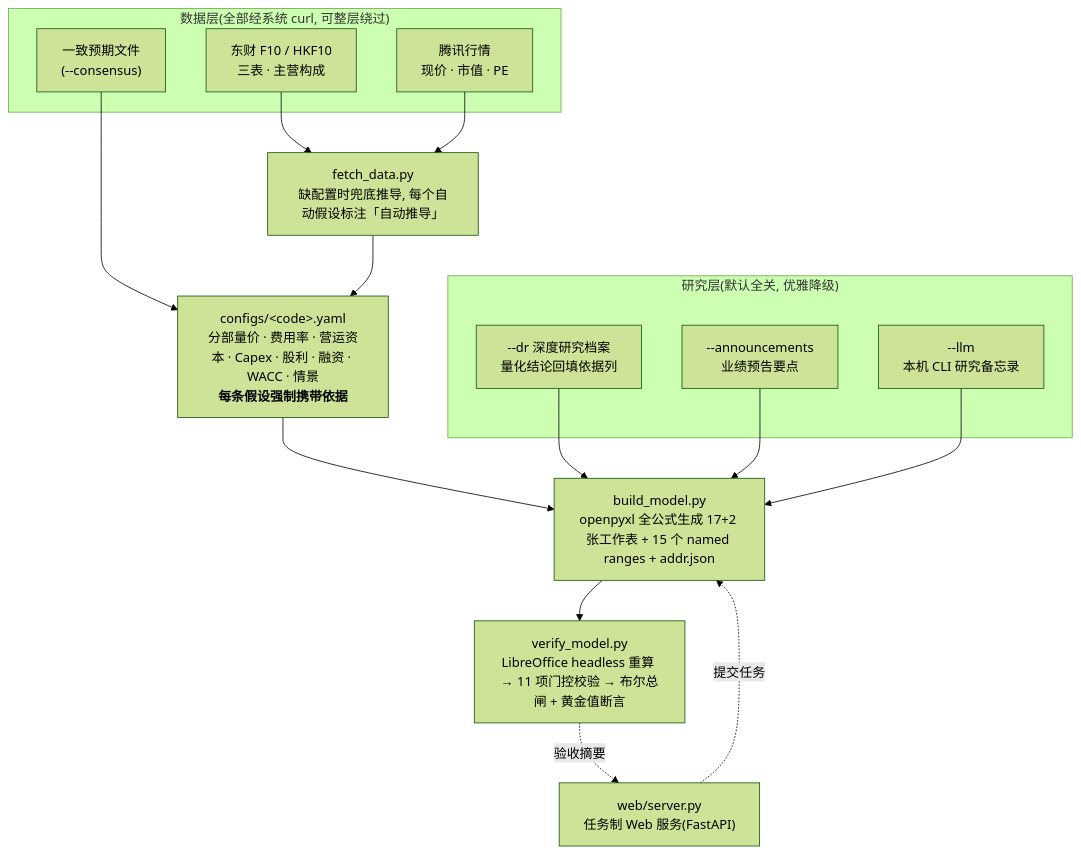
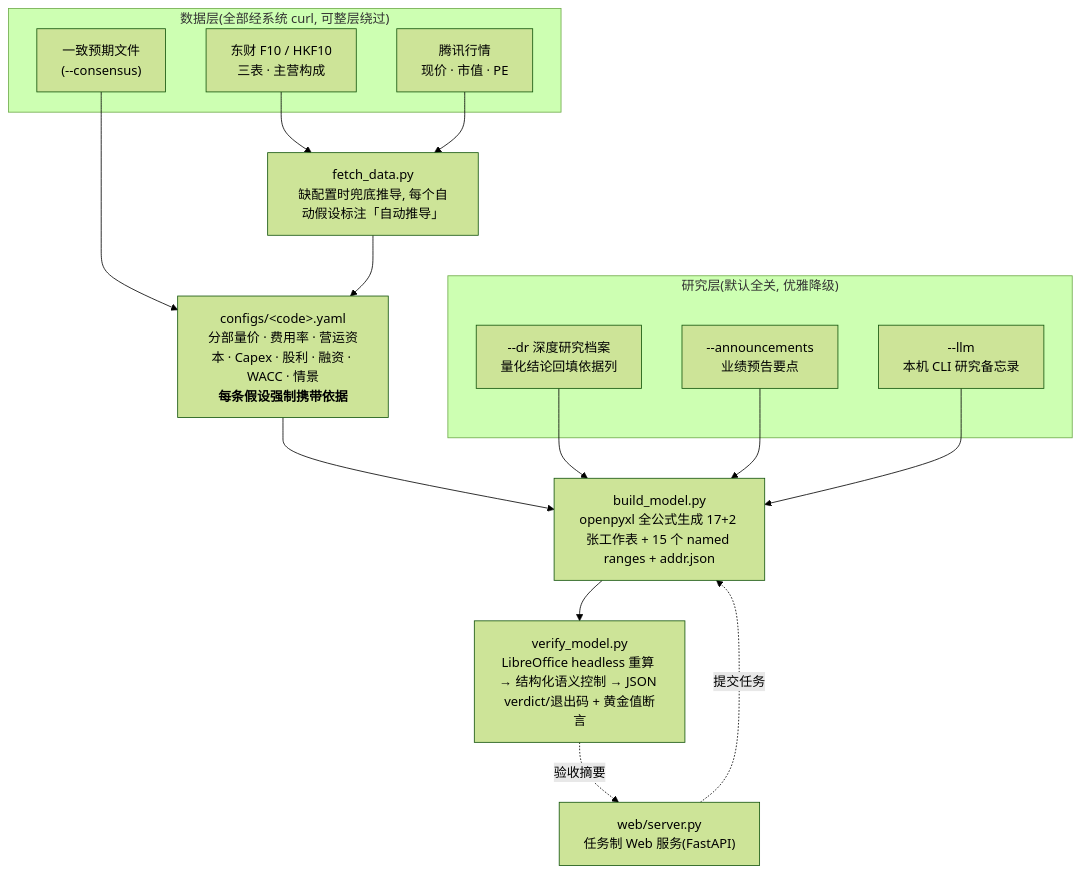
Before and after one commit to cloveric/astock-dcf-model: the diagram in README.md, drawn with Mermaid (forest theme). The commit also changed other lines of this file and 38 other files, not shown here.

````diff
--- a/README.md
+++ b/README.md
@@ -77,30 +77,30 @@
 ```mermaid
 flowchart TB
     subgraph L1["数据层(全部经系统 curl, 可整层绕过)"]
         EM["东财 F10 / HKF10<br/>三表 · 主营构成"]
         QT["腾讯行情<br/>现价 · 市值 · PE"]
         CS["一致预期文件<br/>(--consensus)"]
     end
     FD["fetch_data.py<br/>缺配置时兜底推导, 每个自动假设标注「自动推导」"]
     CFG["configs/&lt;code&gt;.yaml<br/>分部量价 · 费用率 · 营运资本 · Capex · 股利 · 融资 · WACC · 情景<br/><b>每条假设强制携带依据</b>"]
     subgraph L3["研究层(默认全关, 优雅降级)"]
         DR["--dr 深度研究档案<br/>量化结论回填依据列"]
         AN["--announcements<br/>业绩预告要点"]
         LLM["--llm<br/>本机 CLI 研究备忘录"]
     end
     BM["build_model.py<br/>openpyxl 全公式生成 17+2 张工作表 + 15 个 named ranges + addr.json"]
-    VM["verify_model.py<br/>LibreOffice headless 重算 → 11 项门控校验 → 布尔总闸 + 黄金值断言"]
+    VM["verify_model.py<br/>LibreOffice headless 重算 → 结构化语义控制 → JSON verdict/退出码 + 黄金值断言"]
     WEB["web/server.py<br/>任务制 Web 服务(FastAPI)"]
 
     EM --> FD
     QT --> FD
     CS --> CFG
     FD --> CFG
     CFG --> BM
     DR --> BM
     AN --> BM
     LLM --> BM
     BM --> VM
     WEB -.提交任务.-> BM
     VM -.验收摘要.-> WEB
 ```
````
